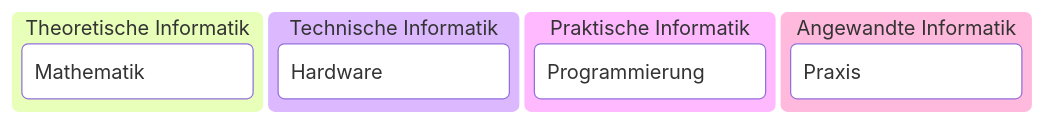
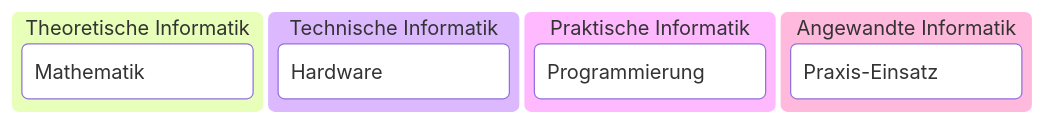
One commit to stefanmaeder/assembler changed the diagram in slides/01_einordnung.md. Above: the diagram before and after it, drawn with Mermaid.

````diff
--- a/slides/01_einordnung.md
+++ b/slides/01_einordnung.md
@@ -1,11 +1,11 @@
 ```mermaid
 kanban
   id2[Theoretische Informatik]
     id21[Mathematik]
   id1[Technische Informatik]
     id11[Hardware]
   id3[Praktische Informatik]
     id31[Programmierung]
   id4[Angewandte Informatik]
-    id41[Praxis]
+    id41[Praxis-Einsatz]
 ```
````
